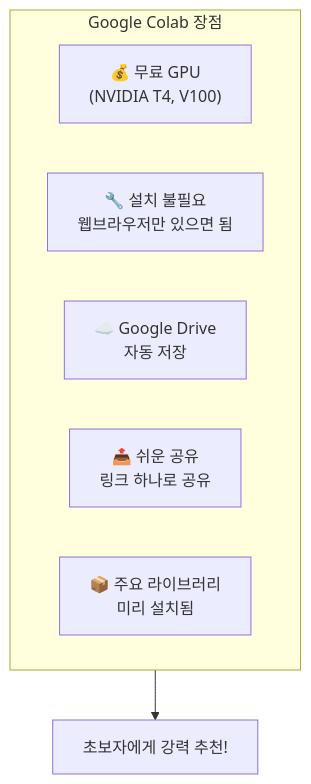
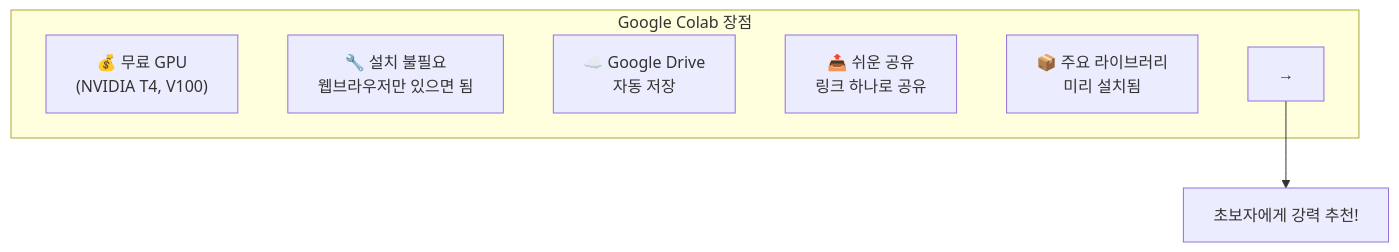
Before and after one commit to jingu279/Document: the seventh of 7 diagrams in ai-programming/01_서론/02_개발_환경.md, drawn with Mermaid. The commit also changed other lines of this file and 9 other files, not shown here.

Commit message:
Fix all broken Mermaid diagrams across AI book (cross-subgraph connections, reserved keywords, duplicate nodes)

````diff
--- a/ai-programming/01_서론/02_개발_환경.md
+++ b/ai-programming/01_서론/02_개발_환경.md
@@ -346,12 +347,13 @@
 ```mermaid
 flowchart TB
   subgraph Colab[Google Colab 장점]
     Free["💰 무료 GPU<br/>(NVIDIA T4, V100)"]
     Setup["🔧 설치 불필요<br/>웹브라우저만 있으면 됨"]
     Save["☁️ Google Drive<br/>자동 저장"]
     Share["📤 쉬운 공유<br/>링크 하나로 공유"]
     Libs["📦 주요 라이브러리<br/>미리 설치됨"]
+    Colab_End["→"]
   end
 
-  Colab --> Use["초보자에게 강력 추천!"]
+  Colab_End --> Use["초보자에게 강력 추천!"]
 ```
````
